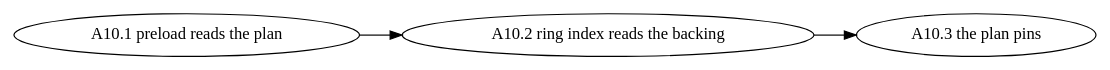
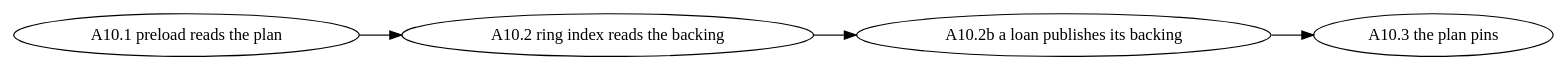
Before and after one commit to kainlan/llama.cpp-intel-optimizations: the diagram in docs/plans/2026-11-13-fmcp-a10-routed-host-experts-are-pinned-when-the-ring-streams-them.md, drawn with Graphviz. The commit also changed other lines of this file, not shown here.

First line of the commit message:
docs: addendum A10 amendment 1: a loan publishes its lent triplets as pinned (task A10.2b, llama.cpp-6kw6 under llama.cpp-fmcp)

````diff
--- a/docs/plans/2026-11-13-fmcp-a10-routed-host-experts-are-pinned-when-the-ring-streams-them.md
+++ b/docs/plans/2026-11-13-fmcp-a10-routed-host-experts-are-pinned-when-the-ring-streams-them.md
@@ -186,3 +189,3 @@
 ```dot
-digraph dependencies { rankdir=LR; "A10.1 preload reads the plan" -> "A10.2 ring index reads the backing" -> "A10.3 the plan pins"; }
+digraph dependencies { rankdir=LR; "A10.1 preload reads the plan" -> "A10.2 ring index reads the backing" -> "A10.2b a loan publishes its backing" -> "A10.3 the plan pins"; }
 ```
````
